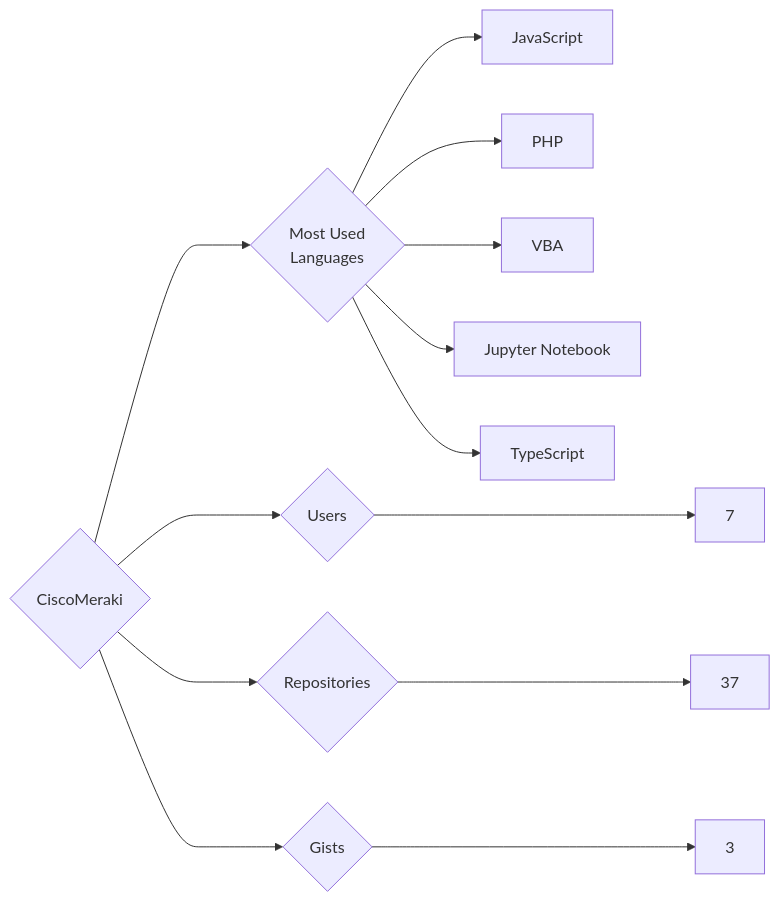
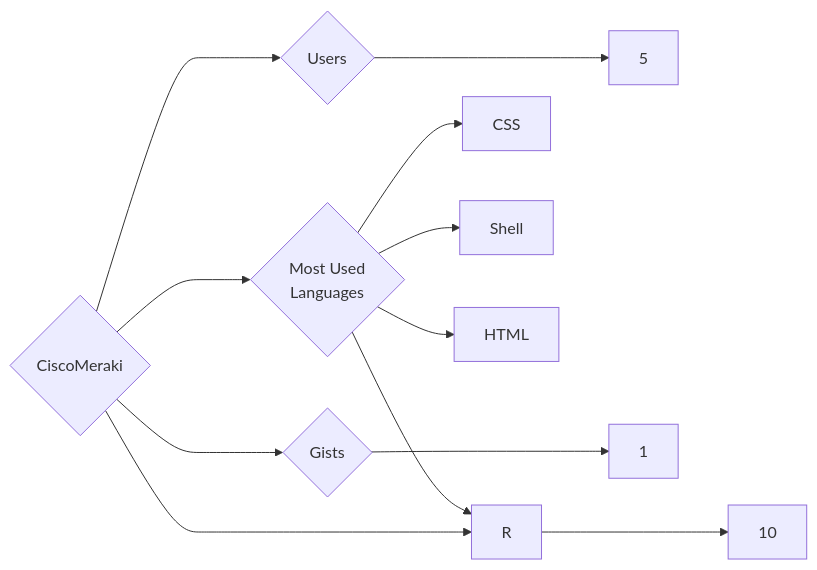
Before and after one commit to trickest/insiders: the diagram in targets/CiscoMeraki/README.md, drawn with Mermaid. The commit also changed 1123 other files, not shown here.

````diff
--- a/targets/CiscoMeraki/README.md
+++ b/targets/CiscoMeraki/README.md
@@ -3,13 +3,12 @@
 ```mermaid
 graph LR
 COMPANY_NAME{CiscoMeraki}
-COMPANY_NAME ---> U{Users} ---> UN[7]
-COMPANY_NAME ---> R{Repositories} ---> RN[37]
-COMPANY_NAME ---> G{Gists} ---> GN[3]
+COMPANY_NAME ---> U{Users} ---> UN[5]
+COMPANY_NAME ---> R{Repositories} ---> RN[10]
+COMPANY_NAME ---> G{Gists} ---> GN[1]
 COMPANY_NAME ---> ML{Most Used<br>Languages}
-ML --> JavaScript[JavaScript]
-ML --> PHP[PHP]
-ML --> VBA[VBA]
-ML --> Jupyter_Notebook[Jupyter Notebook]
-ML --> TypeScript[TypeScript]
+ML --> CSS[CSS]
+ML --> Shell[Shell]
+ML --> R[R]
+ML --> HTML[HTML]
 ```
````
